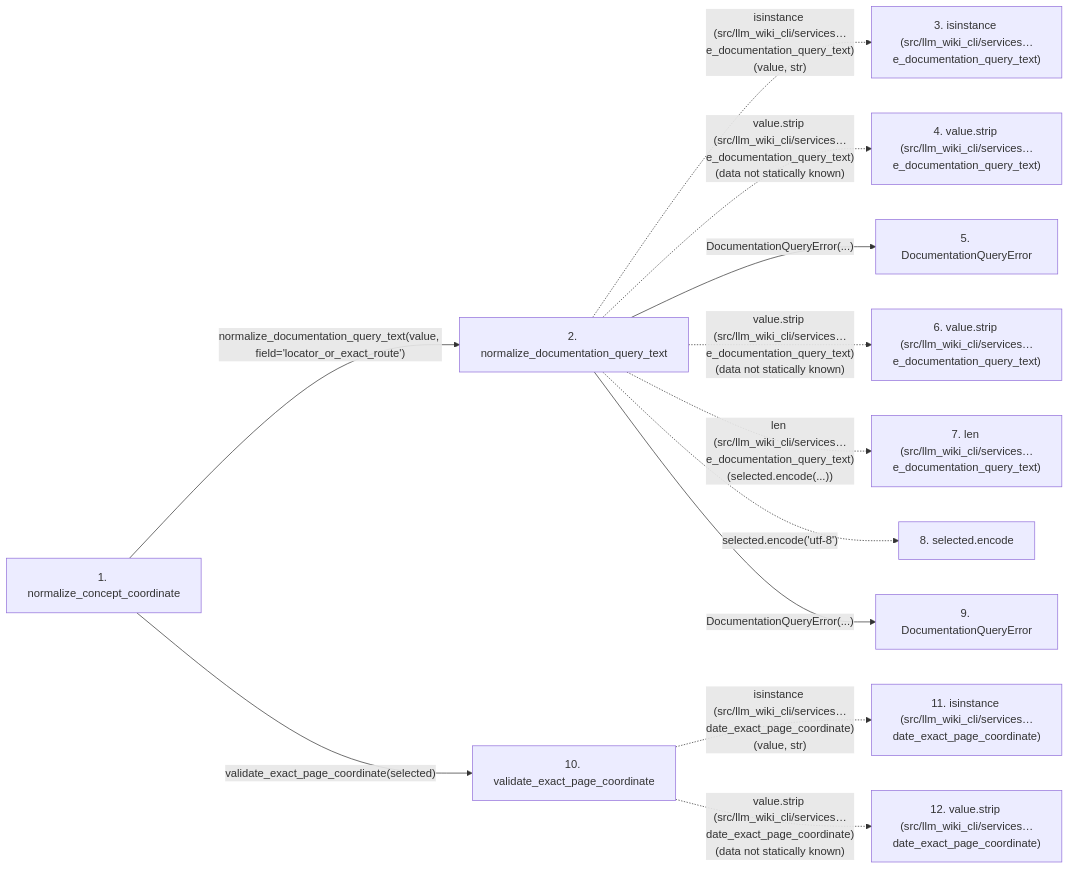
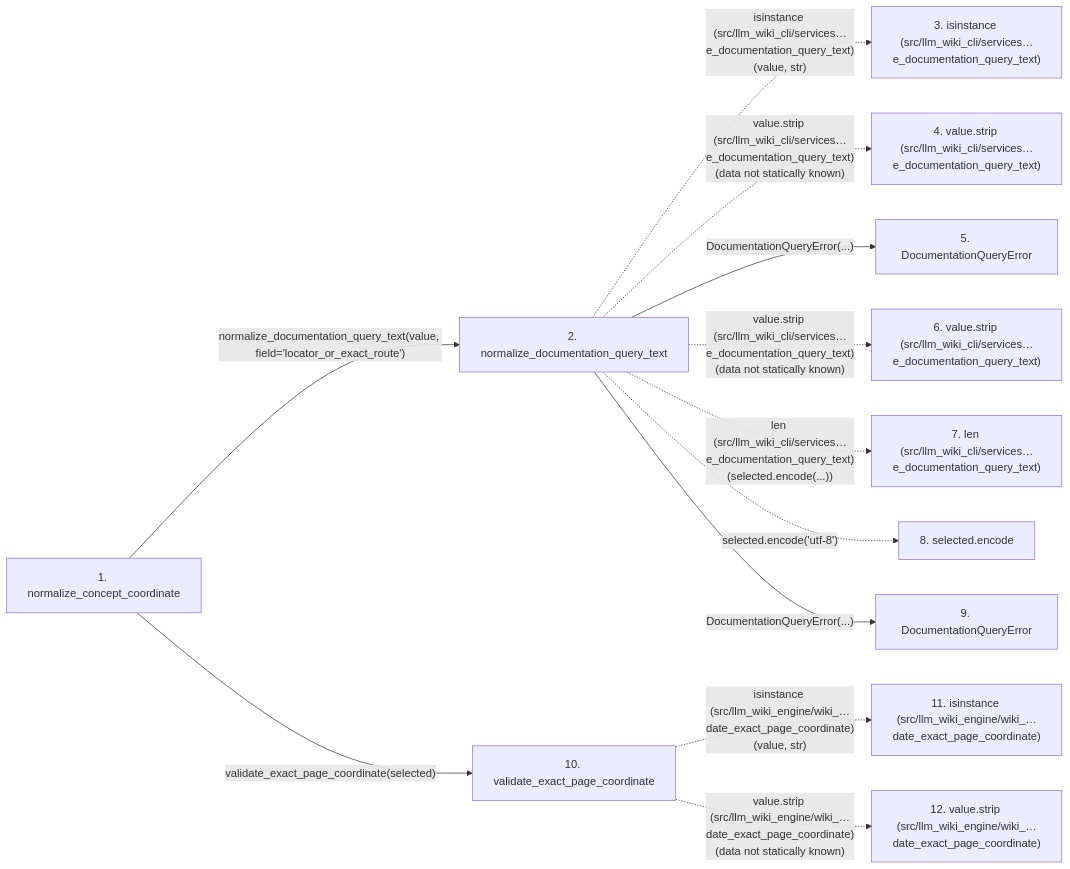
Before and after one commit to Denissvgn/python-wiki-llm: the second of 2 diagrams in docs/llm_wiki/flows/api-normalize_concept_coordinate.md, drawn with Mermaid. The commit also changed other lines of this file and 1103 other files, not shown here.

First line of the commit message:
docs: refresh the wiki for the llm-wiki-engine distribution

````diff
--- a/docs/llm_wiki/flows/api-normalize_concept_coordinate.md
+++ b/docs/llm_wiki/flows/api-normalize_concept_coordinate.md
@@ -124,31 +124,31 @@
 ```mermaid
 flowchart LR
     s1["1. normalize_concept_coordinate"]
     s2["2. normalize_documentation_query_text"]
     s3["3. isinstance (src/llm_wiki_cli/services…e_documentation_query_text)"]
     s4["4. value.strip (src/llm_wiki_cli/services…e_documentation_query_text)"]
     s5["5. DocumentationQueryError"]
     s6["6. value.strip (src/llm_wiki_cli/services…e_documentation_query_text)"]
     s7["7. len (src/llm_wiki_cli/services…e_documentation_query_text)"]
     s8["8. selected.encode"]
     s9["9. DocumentationQueryError"]
     s10["10. validate_exact_page_coordinate"]
-    s11["11. isinstance (src/llm_wiki_cli/services…date_exact_page_coordinate)"]
-    s12["12. value.strip (src/llm_wiki_cli/services…date_exact_page_coordinate)"]
+    s11["11. isinstance (src/llm_wiki_engine/wiki_…date_exact_page_coordinate)"]
+    s12["12. value.strip (src/llm_wiki_engine/wiki_…date_exact_page_coordinate)"]
     s1 -->|"normalize_documentation_query_text(value, field='locator_or_exact_route')"| s2
     s2 -. "isinstance (src/llm_wiki_cli/services…e_documentation_query_text)(value, str)" .-> s3
     s2 -. "value.strip (src/llm_wiki_cli/services…e_documentation_query_text)(data not statically known)" .-> s4
     s2 -->|"DocumentationQueryError(...)"| s5
     s2 -. "value.strip (src/llm_wiki_cli/services…e_documentation_query_text)(data not statically known)" .-> s6
     s2 -. "len (src/llm_wiki_cli/services…e_documentation_query_text)(selected.encode(...))" .-> s7
     s2 -. "selected.encode('utf-8')" .-> s8
     s2 -->|"DocumentationQueryError(...)"| s9
     s1 -->|"validate_exact_page_coordinate(selected)"| s10
-    s10 -. "isinstance (src/llm_wiki_cli/services…date_exact_page_coordinate)(value, str)" .-> s11
-    s10 -. "value.strip (src/llm_wiki_cli/services…date_exact_page_coordinate)(data not statically known)" .-> s12
+    s10 -. "isinstance (src/llm_wiki_engine/wiki_…date_exact_page_coordinate)(value, str)" .-> s11
+    s10 -. "value.strip (src/llm_wiki_engine/wiki_…date_exact_page_coordinate)(data not statically known)" .-> s12
     click s1 "../modules/documentation_query_builder.md"
     click s2 "../modules/documentation_query_builder.md"
     click s5 "../modules/documentation_queries.md"
     click s9 "../modules/documentation_queries.md"
     click s10 "../modules/wiki_surface.md"
 ```
````
